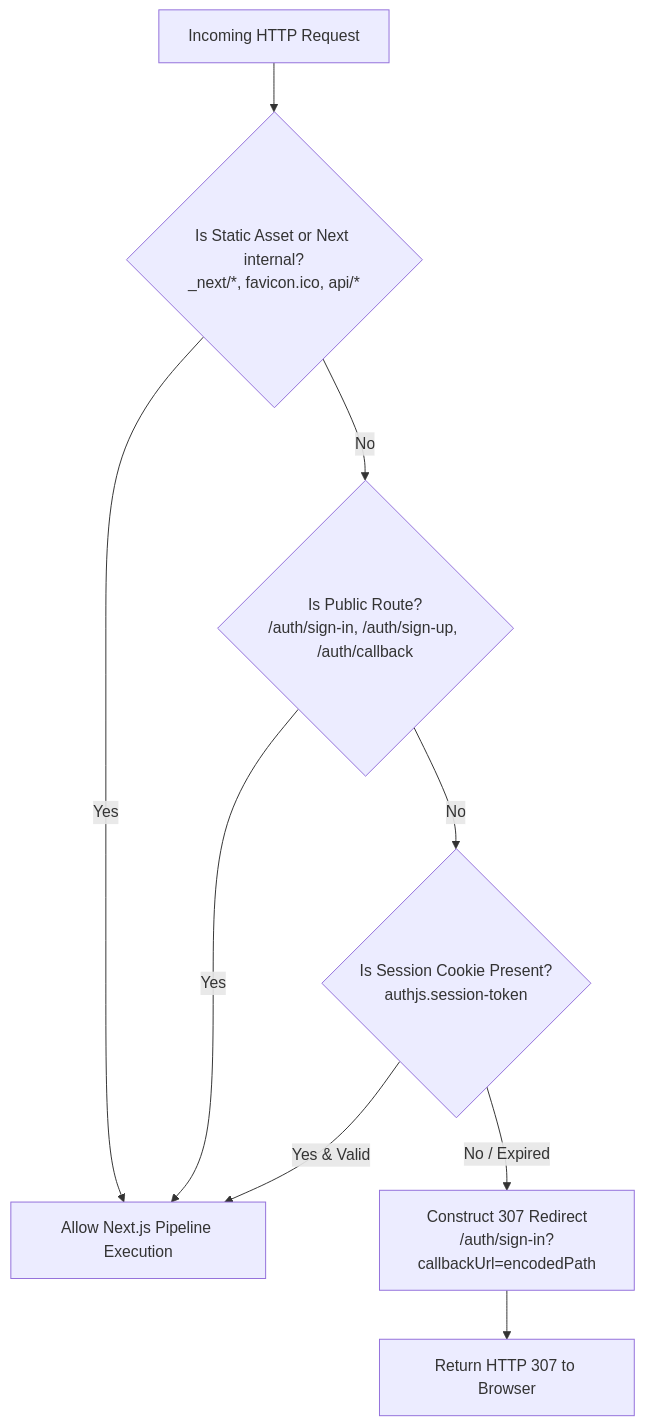
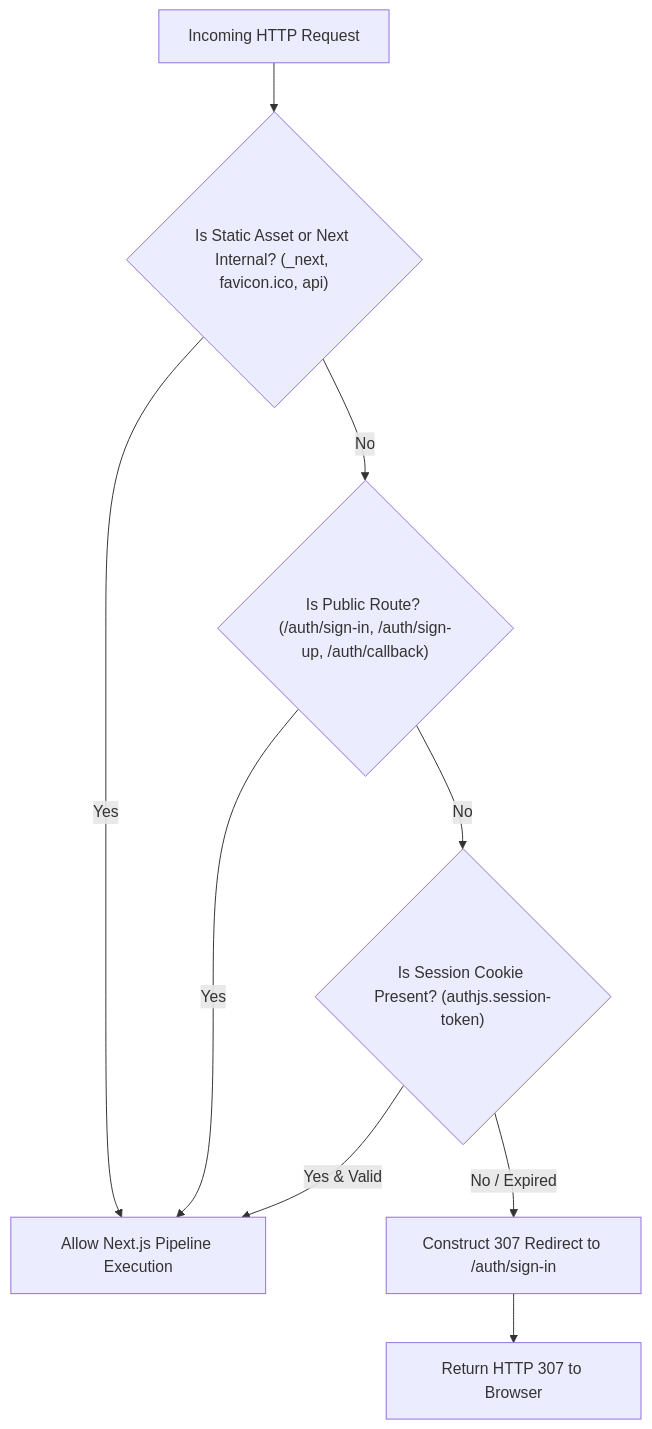
One commit to Scaibu/web-app changed the third of 4 diagrams in adr/0008-session-cookie-persistence-and-redirect-loop-resolution.md. Above: the diagram before and after it, drawn with Mermaid. The commit also changed other lines of this file, not shown here.

Commit message:
docs(adr): fix mermaid flowchart syntax in ADR 0008

````diff
--- a/adr/0008-session-cookie-persistence-and-redirect-loop-resolution.md
+++ b/adr/0008-session-cookie-persistence-and-redirect-loop-resolution.md
@@ -142,11 +152,11 @@
 ```mermaid
 flowchart TD
-    Req[Incoming HTTP Request] --> MatchStatic{Is Static Asset or Next internal?\n_next/*, favicon.ico, api/*}
-    MatchStatic -- Yes --> Allow[Allow Next.js Pipeline Execution]
-    MatchStatic -- No --> MatchPublic{Is Public Route?\n/auth/sign-in, /auth/sign-up, /auth/callback}
-    MatchPublic -- Yes --> Allow
-    MatchPublic -- No --> CheckCookie{Is Session Cookie Present?\nauthjs.session-token}
-    CheckCookie -- Yes & Valid --> Allow
-    CheckCookie -- No / Expired --> Issue307[Construct 307 Redirect\n/auth/sign-in?callbackUrl=encodedPath]
-    Issue307 --> ReturnClient[Return HTTP 307 to Browser]
+    Req["Incoming HTTP Request"] --> MatchStatic{"Is Static Asset or Next Internal? (_next, favicon.ico, api)"}
+    MatchStatic -- "Yes" --> Allow["Allow Next.js Pipeline Execution"]
+    MatchStatic -- "No" --> MatchPublic{"Is Public Route? (/auth/sign-in, /auth/sign-up, /auth/callback)"}
+    MatchPublic -- "Yes" --> Allow
+    MatchPublic -- "No" --> CheckCookie{"Is Session Cookie Present? (authjs.session-token)"}
+    CheckCookie -- "Yes & Valid" --> Allow
+    CheckCookie -- "No / Expired" --> Issue307["Construct 307 Redirect to /auth/sign-in"]
+    Issue307 --> ReturnClient["Return HTTP 307 to Browser"]
 ```
````
